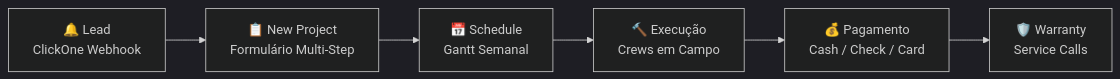
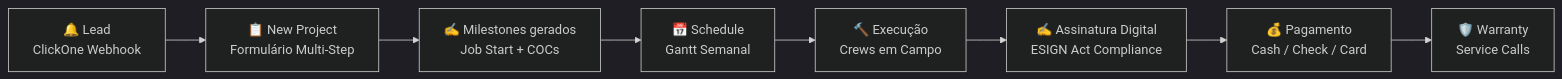
The diagram in Projetos 2026/Siding Depot/🏗️ Siding Depot — Home.md (Wyllams/Sinding-Depot), drawn with Mermaid (dark theme) before and after one commit. The commit also changed other lines of this file and 71 other files, not shown here.

````diff
--- a/Projetos 2026/Siding Depot/🏗️ Siding Depot — Home.md
+++ b/Projetos 2026/Siding Depot/🏗️ Siding Depot — Home.md
@@ -94,8 +95,10 @@
 ```mermaid
 graph LR
     A["🔔 Lead<br/>ClickOne Webhook"] --> B["📋 New Project<br/>Formulário Multi-Step"]
-    B --> C["📅 Schedule<br/>Gantt Semanal"]
+    B --> B2["✍️ Milestones gerados<br/>Job Start + COCs"]
+    B2 --> C["📅 Schedule<br/>Gantt Semanal"]
     C --> D["🔨 Execução<br/>Crews em Campo"]
-    D --> E["💰 Pagamento<br/>Cash / Check / Card"]
-    E --> F["🛡️ Warranty<br/>Service Calls"]
+    D --> E["✍️ Assinatura Digital<br/>ESIGN Act Compliance"]
+    E --> F["💰 Pagamento<br/>Cash / Check / Card"]
+    F --> G["🛡️ Warranty<br/>Service Calls"]
 ```
````
